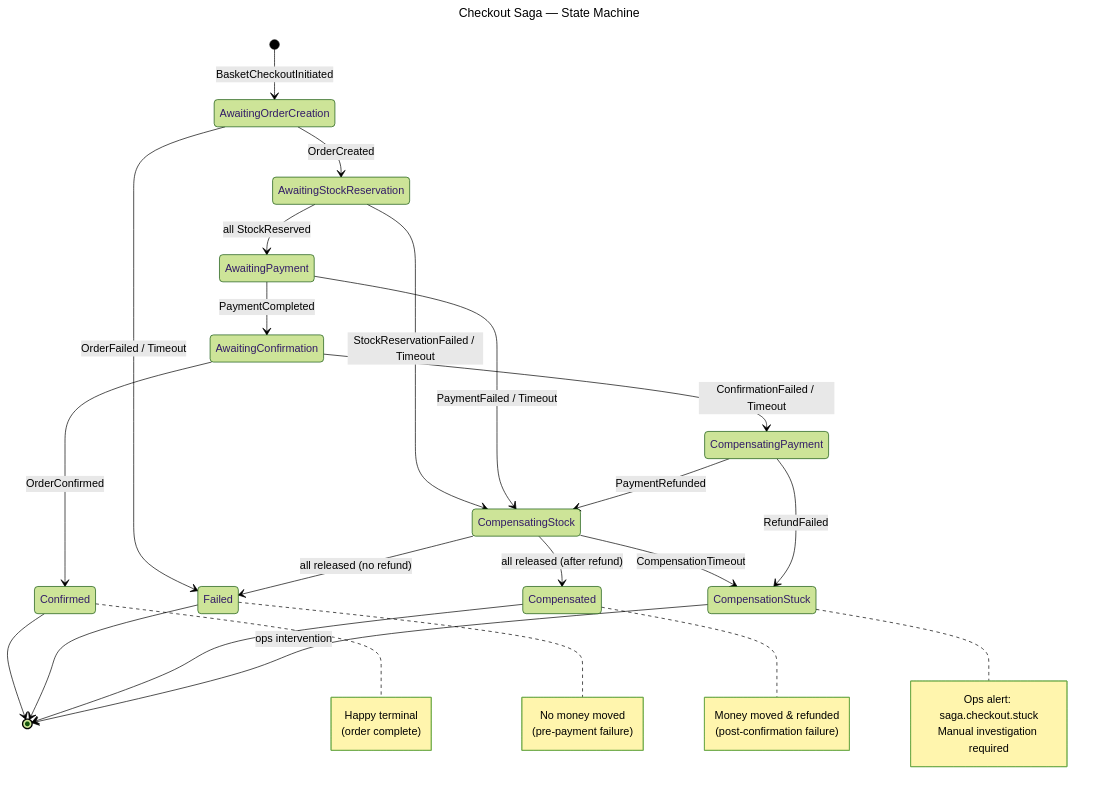
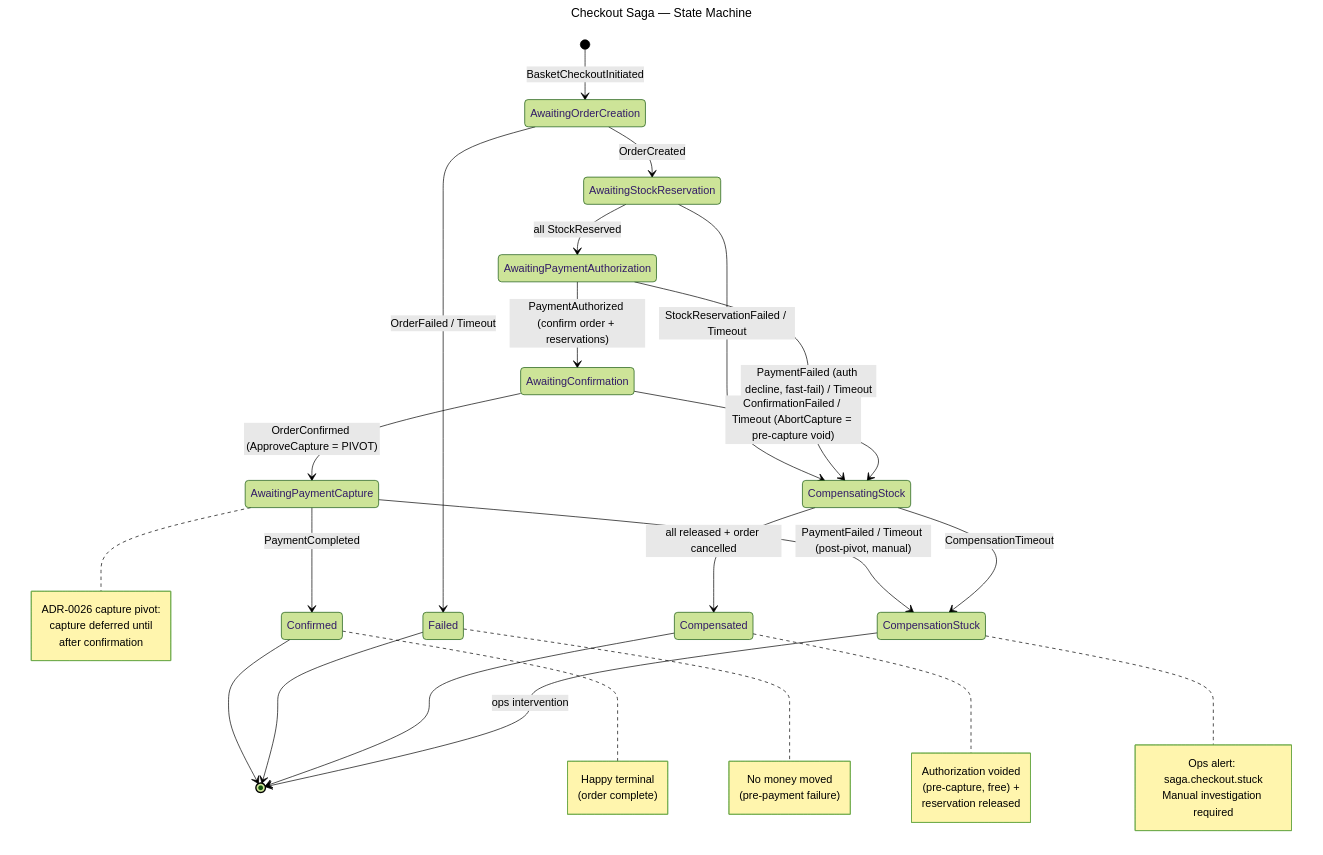
One commit to DavidCapcuch/DotNetAtlas changed the diagram in docs/diagrams/checkout-saga-state.md. Above: the diagram before and after it, drawn with Mermaid (forest theme). The commit also changed other lines of this file and 2 other files, not shown here.

Commit message:
fix(adr-0026): close holistic-review gaps in test + diagram + taxonomy
Follow-ups from the branch review (no runtime-code changes):

- CheckoutTimeoutInvariantTests: the assertion body had drifted from its
  ADR-0026 comment. Compute 2 x PaymentSeconds (authorization + capture waits)
  and single-pass 1 x CompensationSeconds, so the test exercises the real
  worst-case (600s < 900s TTL) instead of the old 1x/2x shape.
- docs/diagrams/checkout-saga-state.md: regenerate the Mermaid state diagram +
  glossary to the capture-pivot topology (AwaitingPaymentAuthorization,
  AwaitingPaymentCapture; CompensatingPayment removed; void-not-refund).
- error-taxonomy.md Section 5: compensation-semantics table now reflects the
  pre-capture void / fast-fail / post-pivot-stuck paths (was refund-first via
  the removed CompensatingPayment state).

````diff
--- a/docs/diagrams/checkout-saga-state.md
+++ b/docs/diagrams/checkout-saga-state.md
@@ -5,51 +5,57 @@
 ```mermaid
 ---
 title: Checkout Saga — State Machine
 ---
 stateDiagram-v2
     [*] --> AwaitingOrderCreation : BasketCheckoutInitiated
 
     AwaitingOrderCreation --> AwaitingStockReservation : OrderCreated
     AwaitingOrderCreation --> Failed : OrderFailed / Timeout
 
-    AwaitingStockReservation --> AwaitingPayment : all StockReserved
+    AwaitingStockReservation --> AwaitingPaymentAuthorization : all StockReserved
     AwaitingStockReservation --> CompensatingStock : StockReservationFailed / Timeout
 
-    AwaitingPayment --> AwaitingConfirmation : PaymentCompleted
-    AwaitingPayment --> CompensatingStock : PaymentFailed / Timeout
+    AwaitingPaymentAuthorization --> AwaitingConfirmation : PaymentAuthorized (confirm order + reservations)
+    AwaitingPaymentAuthorization --> CompensatingStock : PaymentFailed (auth decline, fast-fail) / Timeout
 
-    AwaitingConfirmation --> Confirmed : OrderConfirmed
-    AwaitingConfirmation --> CompensatingPayment : ConfirmationFailed / Timeout
+    AwaitingConfirmation --> AwaitingPaymentCapture : OrderConfirmed (ApproveCapture = PIVOT)
+    AwaitingConfirmation --> CompensatingStock : ConfirmationFailed / Timeout (AbortCapture = pre-capture void)
 
-    CompensatingStock --> Failed : all released (no refund)
-    CompensatingStock --> Compensated : all released (after refund)
+    AwaitingPaymentCapture --> Confirmed : PaymentCompleted
+    AwaitingPaymentCapture --> CompensationStuck : PaymentFailed / Timeout (post-pivot, manual)
+
+    CompensatingStock --> Compensated : all released + order cancelled
     CompensatingStock --> CompensationStuck : CompensationTimeout
-
-    CompensatingPayment --> CompensatingStock : PaymentRefunded
-    CompensatingPayment --> CompensationStuck : RefundFailed
 
     Confirmed --> [*]
     Failed --> [*]
     Compensated --> [*]
     CompensationStuck --> [*] : ops intervention
+
+    note right of AwaitingPaymentCapture
+        ADR-0026 capture pivot:
+        capture deferred until
+        after confirmation
+    end note
 
     note right of Confirmed
         Happy terminal
         (order complete)
     end note
 
     note right of Failed
         No money moved
         (pre-payment failure)
     end note
 
     note right of Compensated
-        Money moved & refunded
-        (post-confirmation failure)
+        Authorization voided
+        (pre-capture, free) +
+        reservation released
     end note
 
     note right of CompensationStuck
         Ops alert: saga.checkout.stuck
         Manual investigation required
     end note
 ```
````
